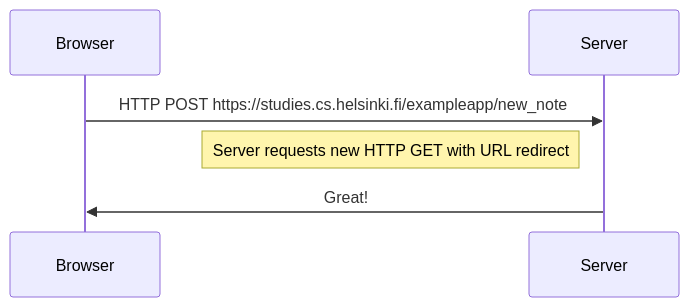
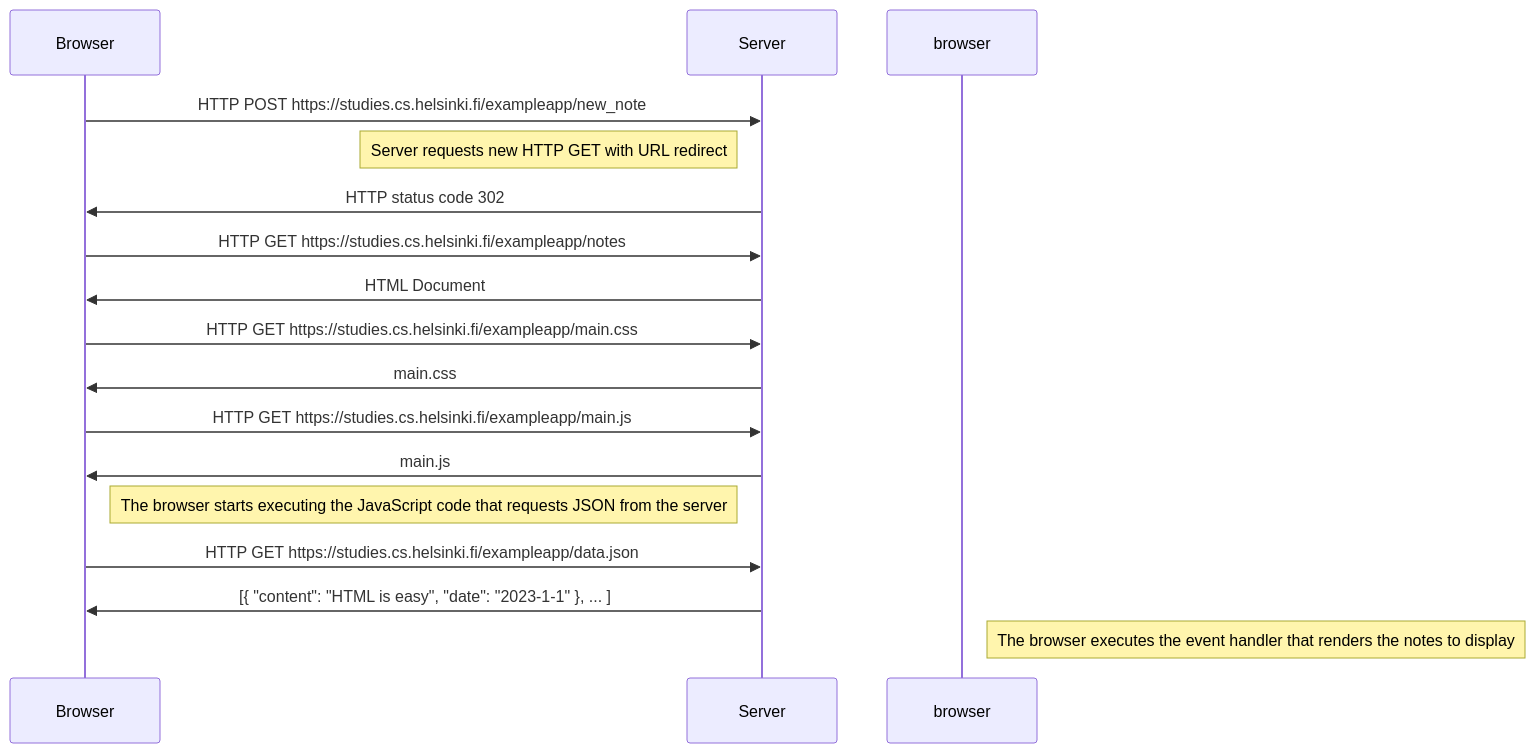
The diagram in part0/diagram.md (kryptos31/FullStackOpen_Submission), drawn with Mermaid before and after one commit.

````diff
--- a/part0/diagram.md
+++ b/part0/diagram.md
@@ -2,6 +2,16 @@
 ```mermaid
 sequenceDiagram
 Browser->>Server: HTTP POST https://studies.cs.helsinki.fi/exampleapp/new_note
 Note left of Server: Server requests new HTTP GET with URL redirect
-Server->>Browser: Great!
+Server->>Browser: HTTP status code 302
+Browser->>Server: HTTP GET https://studies.cs.helsinki.fi/exampleapp/notes
+Server->>Browser: HTML Document
+Browser->>Server: HTTP GET https://studies.cs.helsinki.fi/exampleapp/main.css
+Server->>Browser: main.css
+Browser->>Server: HTTP GET https://studies.cs.helsinki.fi/exampleapp/main.js
+Server->>Browser: main.js
+Note right of Browser: The browser starts executing the JavaScript code that requests JSON from the server
+Browser->>Server: HTTP GET https://studies.cs.helsinki.fi/exampleapp/data.json
+Server->>Browser: [{ "content": "HTML is easy", "date": "2023-1-1" }, ... ]
+Note right of browser: The browser executes the event handler that renders the notes to display
 ```
````
